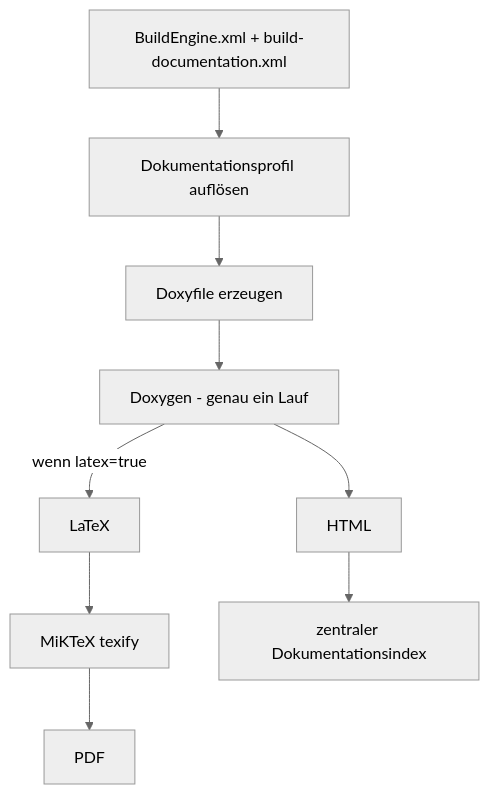
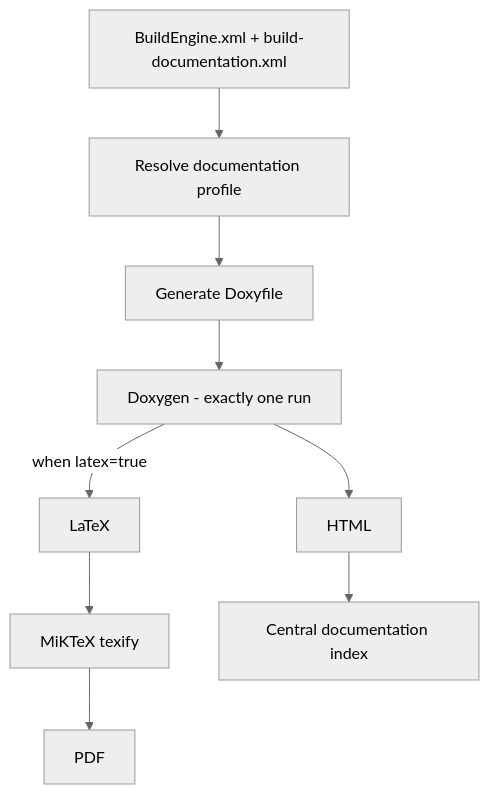
The first of 3 diagrams in admin/server-docs/documentation.md (adeccscholar/BuildEngine-Admin), drawn with Mermaid (neutral theme) before and after one commit. The commit also changed other lines of this file, not shown here.

Commit message:
Translate documentation contract and document Markdown TOC

````diff
--- a/admin/server-docs/documentation.md
+++ b/admin/server-docs/documentation.md
@@ -23,11 +25,11 @@
 ```mermaid
 flowchart TD
-   C[BuildEngine.xml + build-documentation.xml] --> G[Dokumentationsprofil auflösen]
-   G --> D[Doxyfile erzeugen]
-   D --> X[Doxygen - genau ein Lauf]
+   C[BuildEngine.xml + build-documentation.xml] --> G[Resolve documentation profile]
+   G --> D[Generate Doxyfile]
+   D --> X[Doxygen - exactly one run]
    X --> H[HTML]
-   X -->|wenn latex=true| L[LaTeX]
+   X -->|when latex=true| L[LaTeX]
    L --> M[MiKTeX texify]
    M --> P[PDF]
-   H --> I[zentraler Dokumentationsindex]
+   H --> I[Central documentation index]
 ```
````
